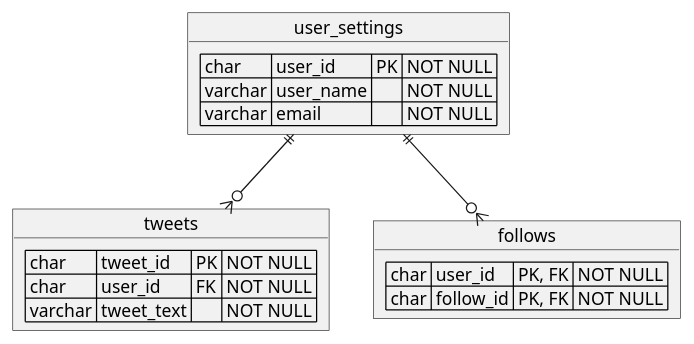
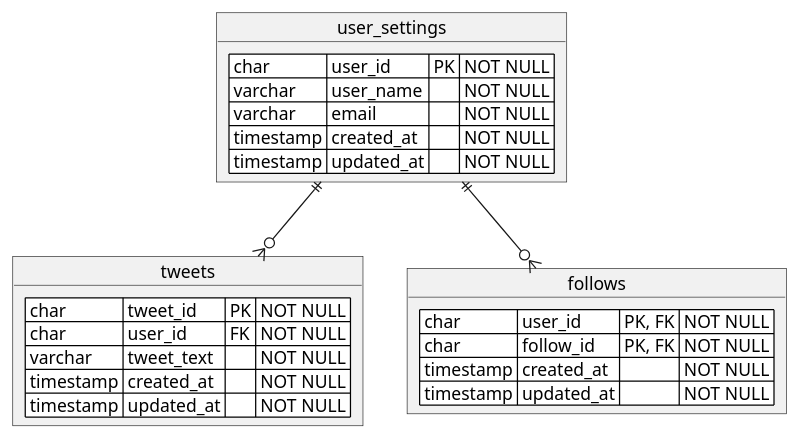
Before and after one commit to tetsushi-yamada/hackathon_backend: the diagram in docs/erd.puml, drawn with PlantUML. The commit also changed 11 other files, not shown here.

```diff
--- a/docs/erd.puml
+++ b/docs/erd.puml
@@ -1,23 +1,29 @@
 @startuml
 
 object user_settings {
-    | char | user_id | PK | NOT NULL |
-    | varchar | user_name | | NOT NULL |
-    | varchar | email | | NOT NULL |
+    <#white>| char | user_id | PK | NOT NULL |
+    <#white>| varchar | user_name | | NOT NULL |
+    <#white>| varchar | email | | NOT NULL |
+    <#white>| timestamp | created_at | | NOT NULL |
+    <#white>| timestamp | updated_at | | NOT NULL |
 }
 
 object tweets {
-    | char | tweet_id | PK | NOT NULL |
-    | char | user_id | FK | NOT NULL |
-    | varchar | tweet_text | | NOT NULL |
+    <#white>| char | tweet_id | PK | NOT NULL |
+    <#white>| char | user_id | FK | NOT NULL |
+    <#white>| varchar | tweet_text | | NOT NULL |
+    <#white>| timestamp | created_at | | NOT NULL |
+    <#white>| timestamp | updated_at | | NOT NULL |
 }
 
 object follows {
-    | char | user_id | PK, FK | NOT NULL |
-    | char | follow_id | PK, FK | NOT NULL |
+    <#white>| char | user_id | PK, FK | NOT NULL |
+    <#white>| char | follow_id | PK, FK | NOT NULL |
+    <#white>| timestamp | created_at | | NOT NULL |
+    <#white>| timestamp | updated_at | | NOT NULL |
 }
 
 user_settings ||--o{ tweets
 user_settings ||--o{ follows
 
 @enduml
```
